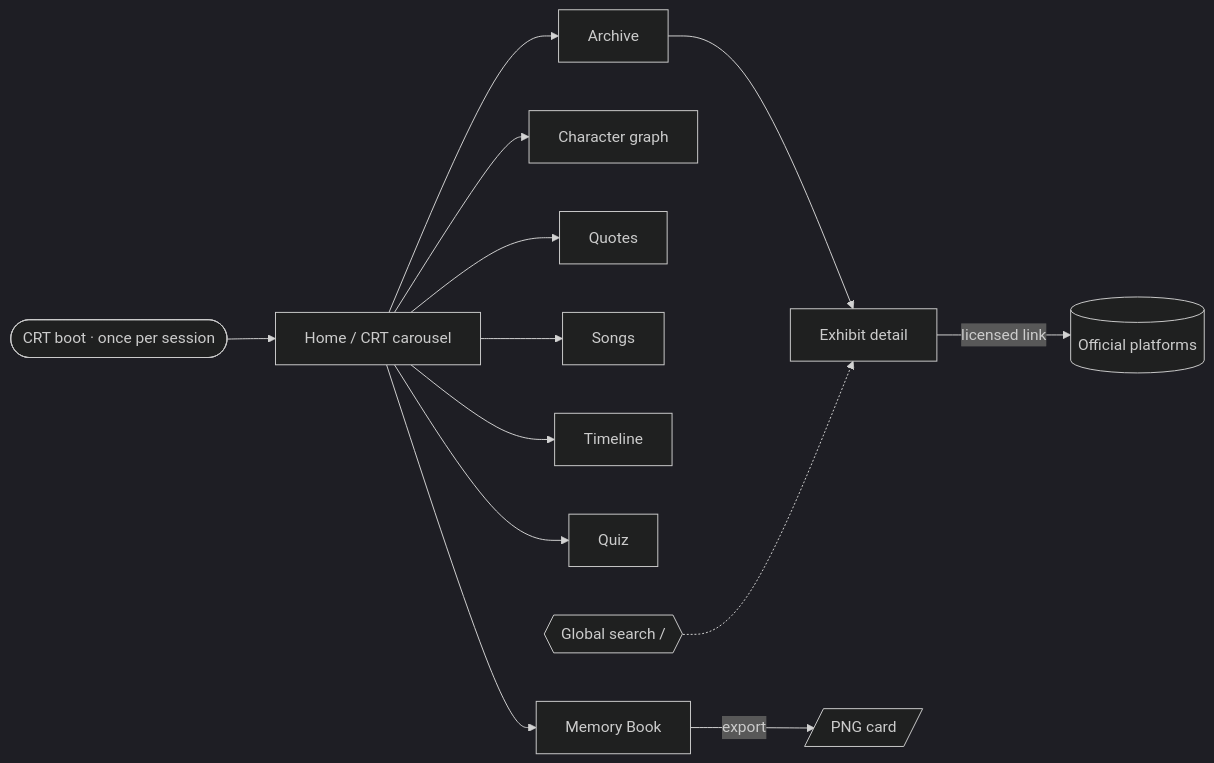
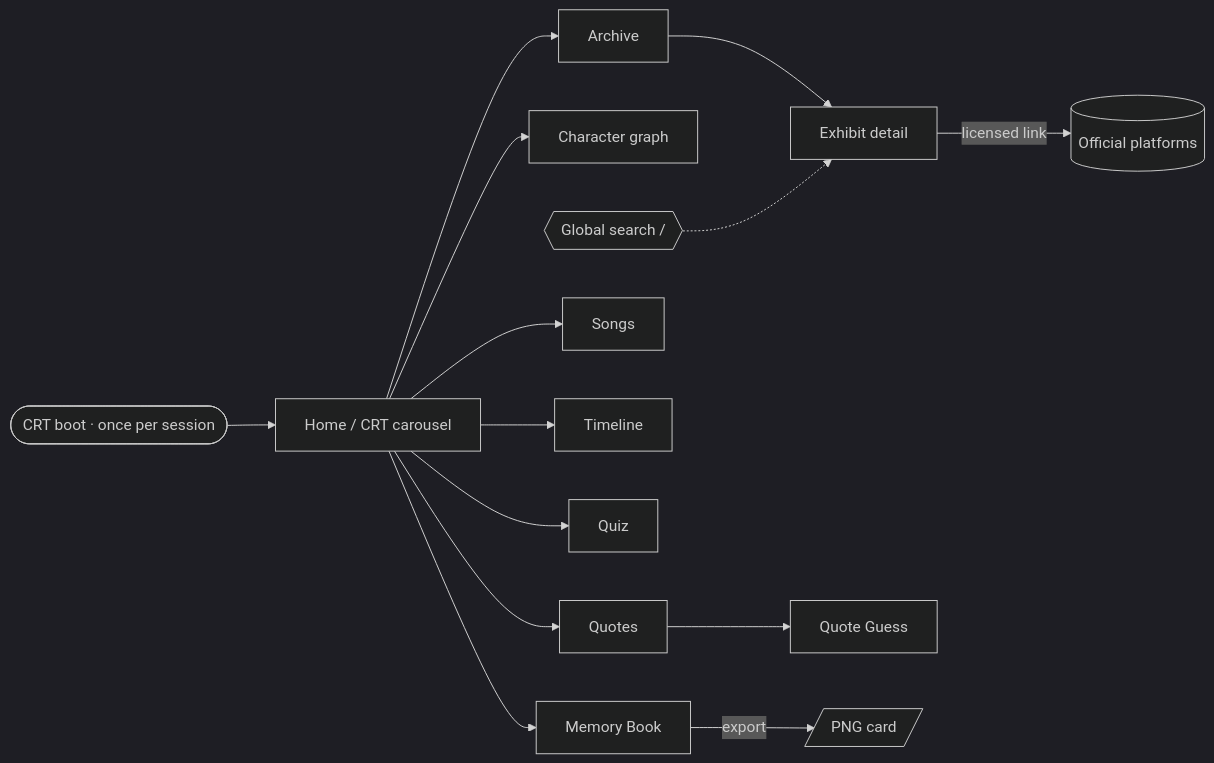
The diagram in README.en.md (Dream22180971/animation-memory-museum), drawn with Mermaid (dark theme) before and after one commit. The commit also changed other lines of this file and 21 other files, not shown here.

````diff
--- a/README.en.md
+++ b/README.en.md
@@ -90,15 +98,16 @@
 ```mermaid
 flowchart LR
     Boot([CRT boot · once per session]) --> Home[Home / CRT carousel]
     Home --> Archive[Archive]
     Archive --> Exhibit[Exhibit detail]
     Exhibit -->|licensed link| Platform[(Official platforms)]
     Home --> Characters[Character graph]
     Home --> Quotes[Quotes]
     Home --> Songs[Songs]
     Home --> Timeline[Timeline]
     Home --> Quiz[Quiz]
+    Quotes --> Guess[Quote Guess]
     Home --> Memory[Memory Book]
     Memory -->|export| Card[/PNG card/]
     Search{{Global search  /}} -.-> Exhibit
 ```
````
